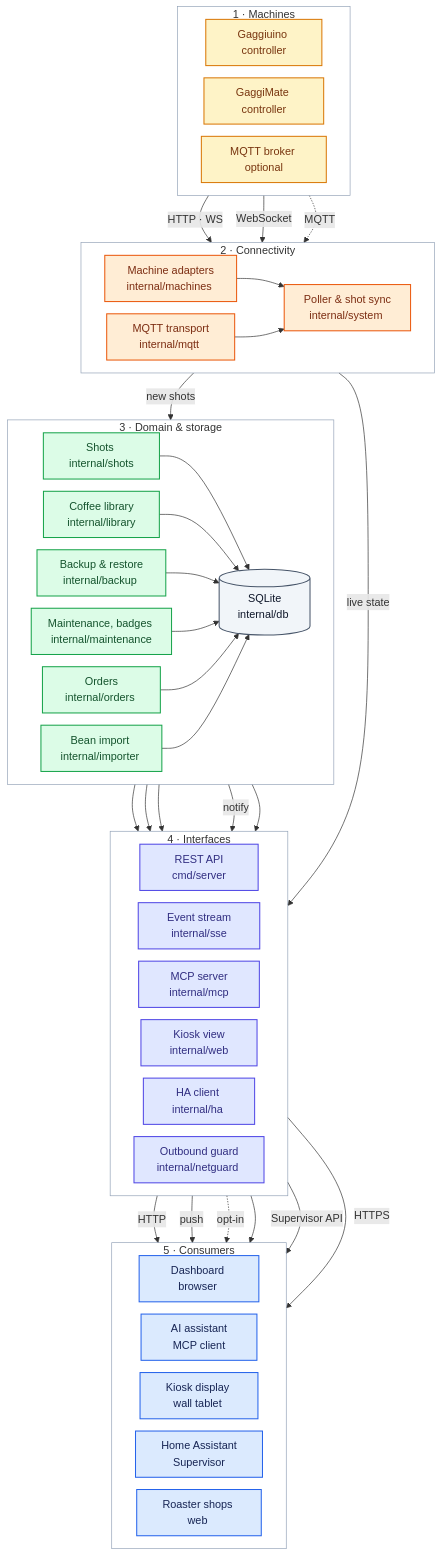
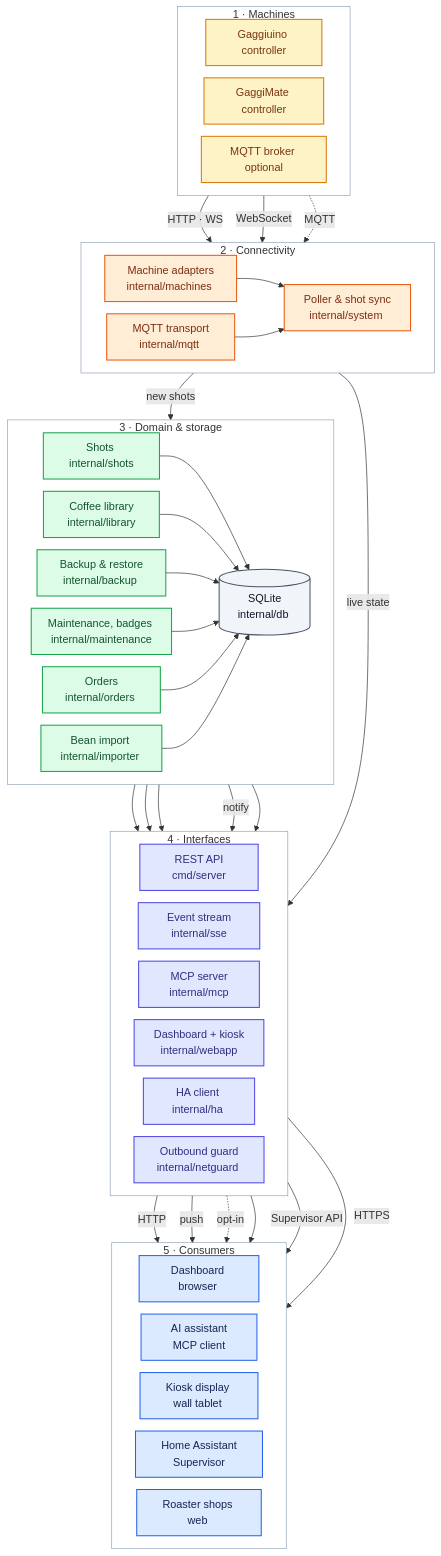
One commit to mxkissnr/gaggiuino-local-profiler changed the second of 2 diagrams in README.md. Above: the diagram before and after it, drawn with Mermaid. The commit also changed 31 other files, not shown here.

First line of the commit message:
Remove stale internal/web references from comments

```diff
--- a/README.md
+++ b/README.md
@@ -311,7 +311,7 @@
     API["&nbsp;&nbsp;&nbsp;&nbsp;&nbsp;&nbsp;&nbsp;REST API&nbsp;&nbsp;&nbsp;&nbsp;&nbsp;&nbsp;&nbsp;<br/>&nbsp;&nbsp;&nbsp;&nbsp;&nbsp;&nbsp;cmd/server&nbsp;&nbsp;&nbsp;&nbsp;&nbsp;&nbsp;"]
     SSE["&nbsp;&nbsp;&nbsp;&nbsp;&nbsp;Event stream&nbsp;&nbsp;&nbsp;&nbsp;&nbsp;<br/>&nbsp;&nbsp;&nbsp;&nbsp;&nbsp;internal/sse&nbsp;&nbsp;&nbsp;&nbsp;&nbsp;"]
     MCP["&nbsp;&nbsp;&nbsp;&nbsp;&nbsp;&nbsp;MCP server&nbsp;&nbsp;&nbsp;&nbsp;&nbsp;&nbsp;<br/>&nbsp;&nbsp;&nbsp;&nbsp;&nbsp;internal/mcp&nbsp;&nbsp;&nbsp;&nbsp;&nbsp;"]
-    WEB["&nbsp;&nbsp;&nbsp;&nbsp;&nbsp;&nbsp;Kiosk view&nbsp;&nbsp;&nbsp;&nbsp;&nbsp;&nbsp;<br/>&nbsp;&nbsp;&nbsp;&nbsp;&nbsp;internal/web&nbsp;&nbsp;&nbsp;&nbsp;&nbsp;"]
+    WEB["&nbsp;&nbsp;Dashboard + kiosk&nbsp;&nbsp;<br/>&nbsp;&nbsp;&nbsp;internal/webapp&nbsp;&nbsp;&nbsp;"]
     HAC["&nbsp;&nbsp;&nbsp;&nbsp;&nbsp;&nbsp;HA client&nbsp;&nbsp;&nbsp;&nbsp;&nbsp;&nbsp;&nbsp;<br/>&nbsp;&nbsp;&nbsp;&nbsp;&nbsp;internal/ha&nbsp;&nbsp;&nbsp;&nbsp;&nbsp;&nbsp;"]
     NET["&nbsp;&nbsp;&nbsp;&nbsp;Outbound guard&nbsp;&nbsp;&nbsp;&nbsp;<br/>&nbsp;&nbsp;internal/netguard&nbsp;&nbsp;&nbsp;"]
   end
```
